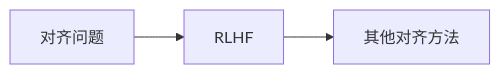
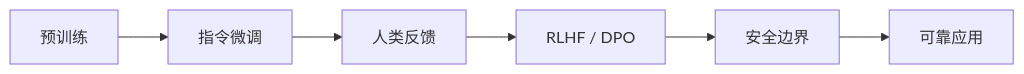
The first of 2 diagrams in docs/stage8a/ch07-alignment/00-roadmap.md (oudbiao/AI-fullstack-course), drawn with Mermaid before and after one commit. The commit also changed other lines of this file and 13 other files, not shown here.

````diff
--- a/docs/stage8a/ch07-alignment/00-roadmap.md
+++ b/docs/stage8a/ch07-alignment/00-roadmap.md
@@ -16,5 +18,8 @@
 ```mermaid
 flowchart LR
-    A["对齐问题"] --> B["RLHF"]
-    B --> C["其他对齐方法"]
+  A[预训练] --> B[指令微调]
+  B --> C[人类反馈]
+  C --> D[RLHF / DPO]
+  D --> E[安全边界]
+  E --> F[可靠应用]
 ```
````
